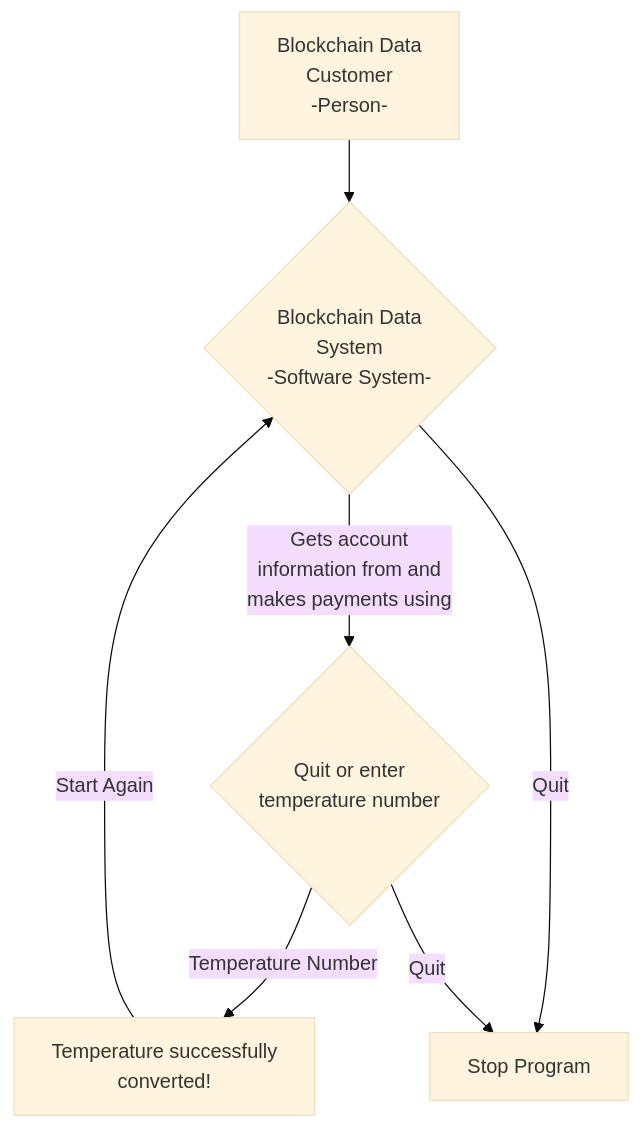
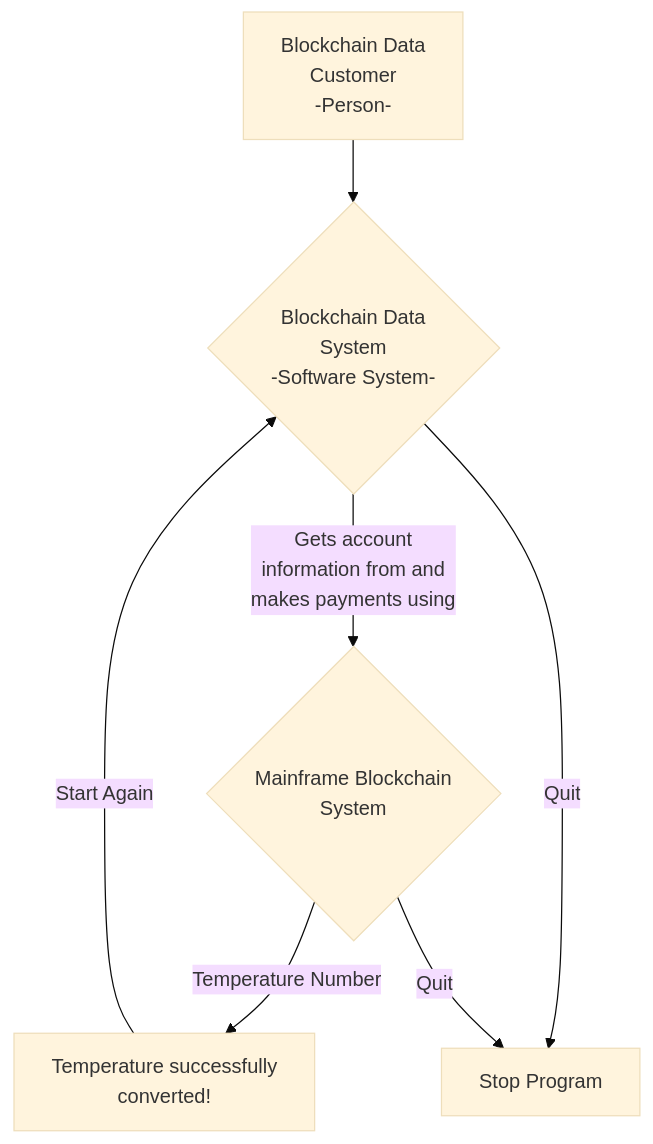
The diagram in README.md (patmcfarland/one), drawn with Mermaid (base theme) before and after one commit.

````diff
--- a/README.md
+++ b/README.md
@@ -1,9 +1,9 @@
 ```mermaid
 flowchart TB
 A[Blockchain Data<br>Customer<br>-Person-] -->B{Blockchain Data<br>System<br>-Software System-}
-B -- Gets account<br>information from and<br>makes payments using --> C{Quit or enter<br>temperature number} 
+B -- Gets account<br>information from and<br>makes payments using --> C{Mainframe Blockchain<br>System} 
 C -- Temperature Number --> D[Temperature successfully<br>converted!] 
 D -- Start Again -->B
 B -- Quit --> E[Stop Program]
 C -- Quit --> E
 ```
````
